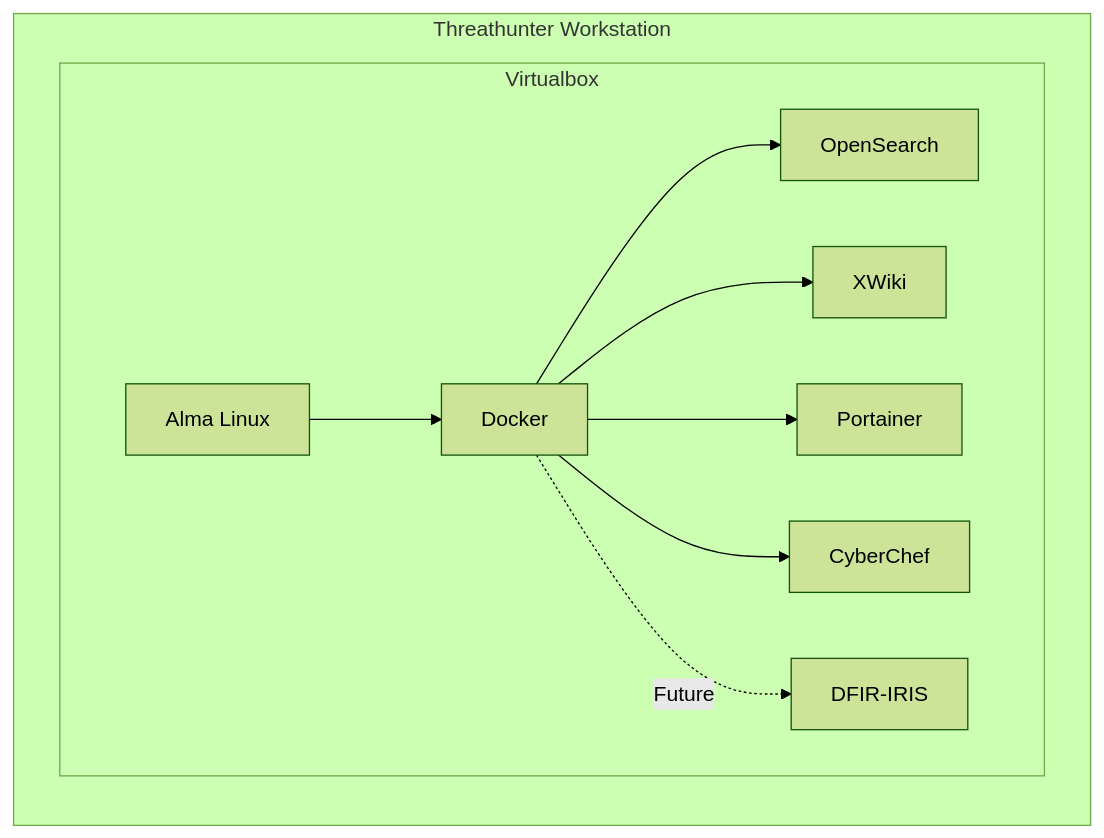
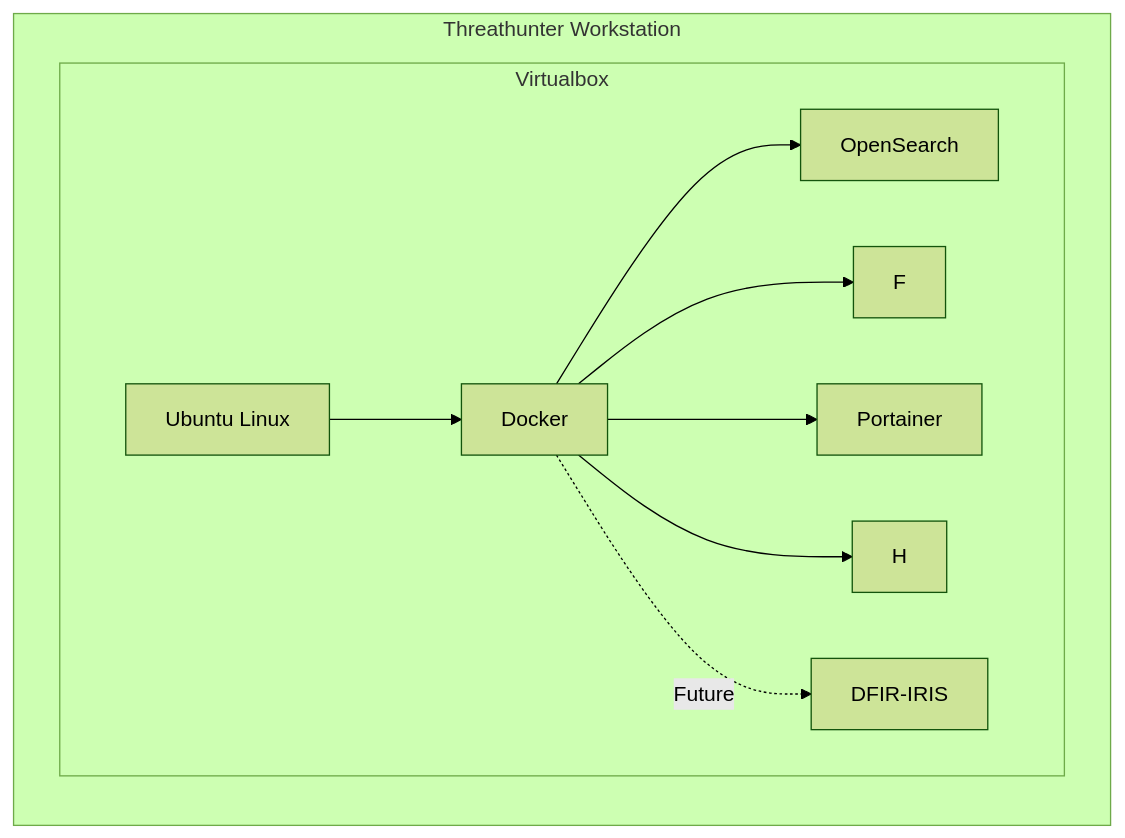
The diagram in README.md (rjohnsen/threathunting-workstation), drawn with Mermaid (forest theme) before and after one commit. The commit also changed other lines of this file, not shown here.

````diff
--- a/README.md
+++ b/README.md
@@ -59,22 +48,20 @@
 ```mermaid
 flowchart LR
  B[Virtualbox]
- C[Alma Linux]
+ C[Ubuntu Linux]
  D[Docker]
  E[OpenSearch]
- F[XWiki]
  G[Portainer]
- H[CyberChef]
  I[DFIR-IRIS]
 
  subgraph A[Threathunter Workstation]
     subgraph B[Virtualbox]
         C-->D
         D-->E
         D-->F
         D-->G
         D-->H
         D-. Future .->I
     end
  end
  ```
````
